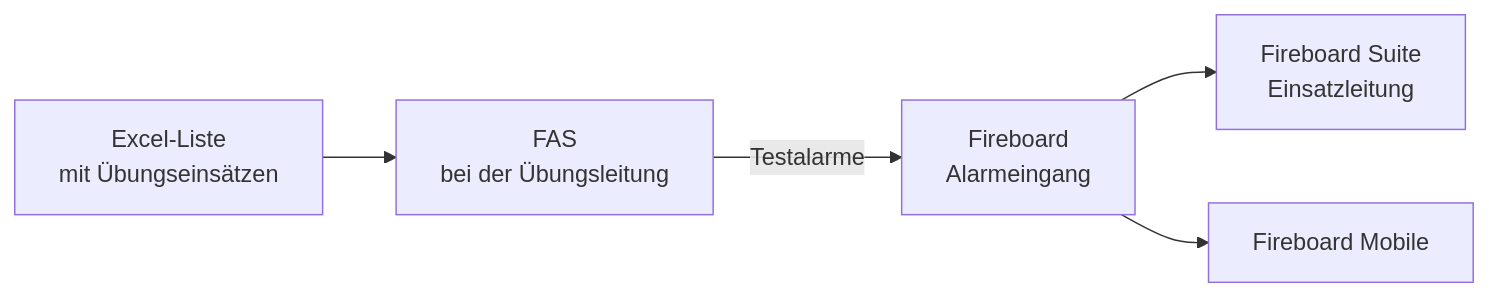
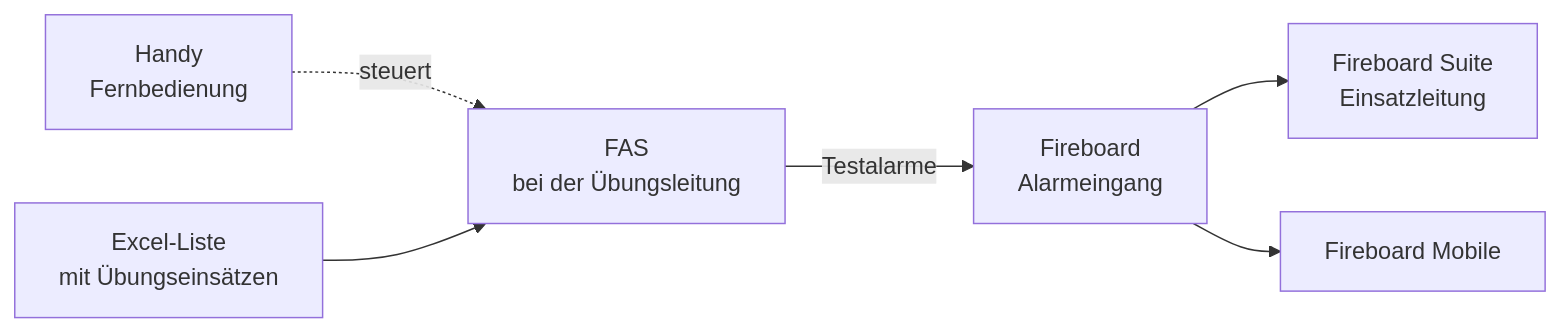
The first of 4 diagrams in README.md (kventil/fireboard-alarm-simulator-releases), drawn with Mermaid before and after one commit. The commit also changed other lines of this file and 1 other file, not shown here.

````diff
--- a/README.md
+++ b/README.md
@@ -11,7 +16,8 @@
 ```mermaid
 flowchart LR
+    H["Handy<br/>Fernbedienung"] -.->|steuert| B
     A["Excel-Liste<br/>mit Übungseinsätzen"] --> B["FAS<br/>bei der Übungsleitung"]
     B -- "Testalarme" --> C["Fireboard<br/>Alarmeingang"]
     C --> D["Fireboard Suite<br/>Einsatzleitung"]
     C --> E["Fireboard Mobile"]
 ```
````
